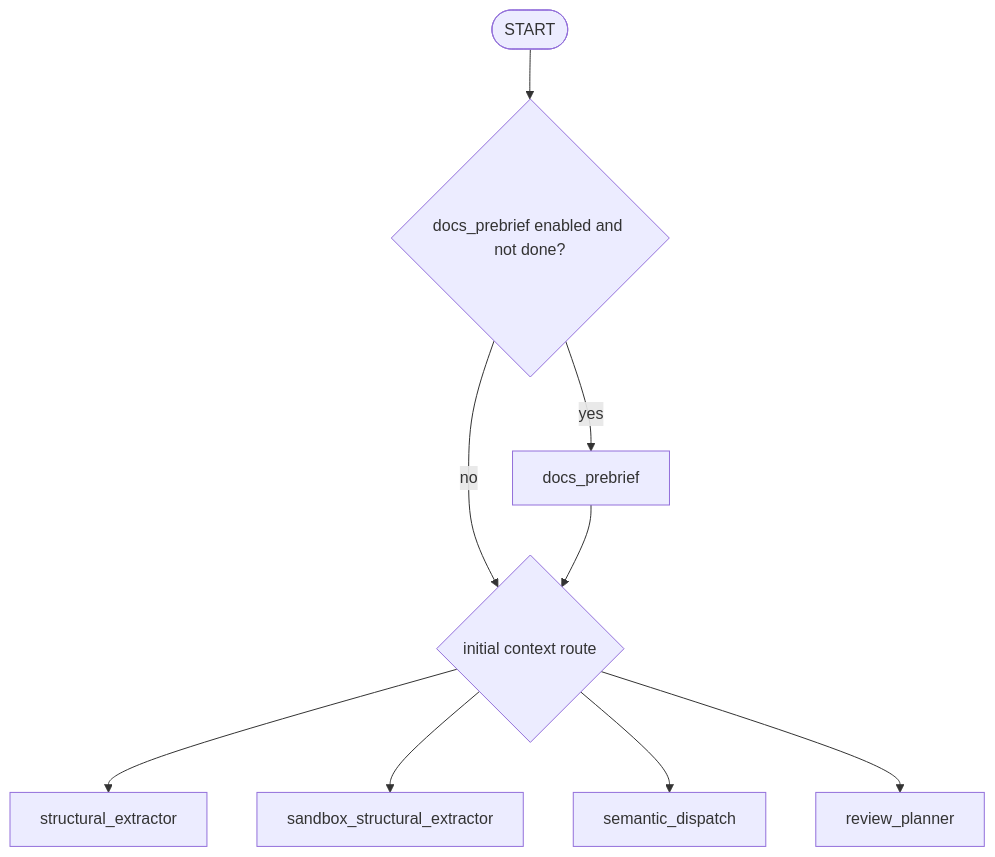
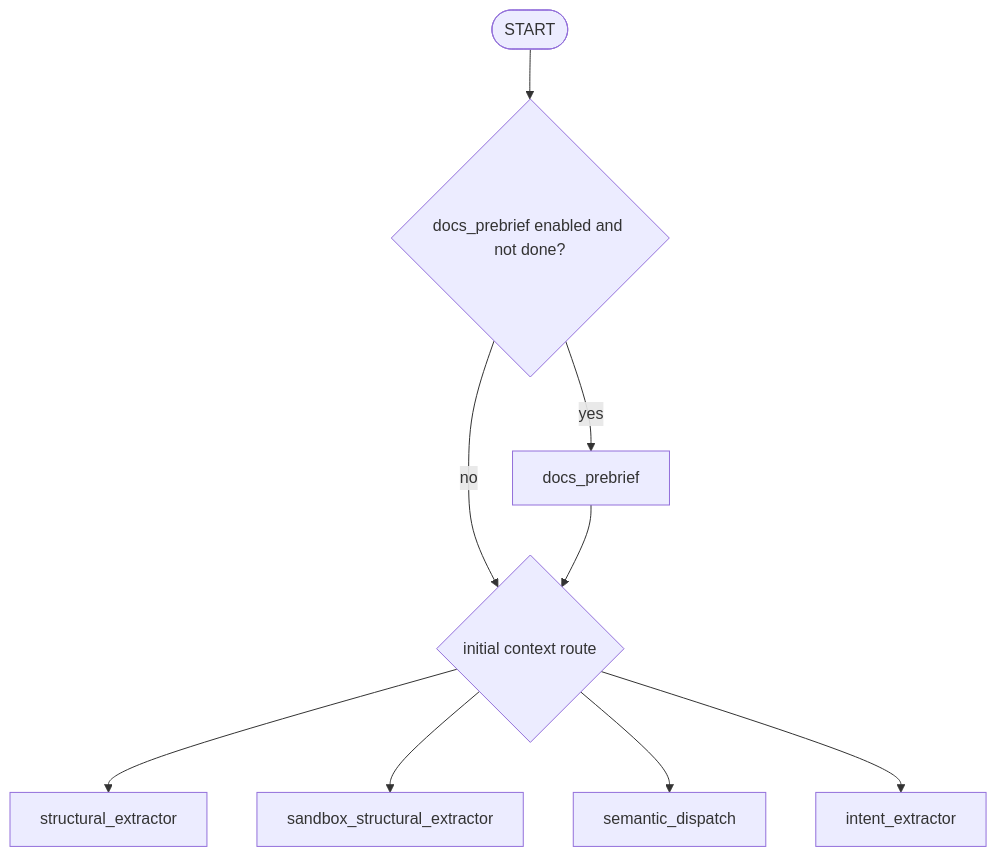
One commit to Inesculent/Bushwhack changed the first of 3 diagrams in documentation/github_mcp_context_design.md. Above: the diagram before and after it, drawn with Mermaid. The commit also changed 34 other files, not shown here.

````diff
--- a/documentation/github_mcp_context_design.md
+++ b/documentation/github_mcp_context_design.md
@@ -55,11 +55,11 @@
 ```mermaid
 flowchart TD
     Start([START]) --> DocsPrebrief{docs_prebrief enabled and not done?}
     DocsPrebrief -->|yes| DocsPrebriefNode[docs_prebrief]
     DocsPrebrief -->|no| InitialRoute{initial context route}
     DocsPrebriefNode --> InitialRoute
     InitialRoute --> StructuralExtractor[structural_extractor]
     InitialRoute --> SandboxStructuralExtractor[sandbox_structural_extractor]
     InitialRoute --> SemanticDispatch[semantic_dispatch]
-    InitialRoute --> ReviewPlanner[review_planner]
+    InitialRoute --> IntentExtractor[intent_extractor]
 ```
````
